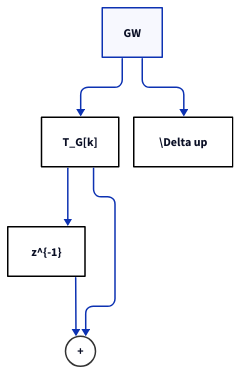
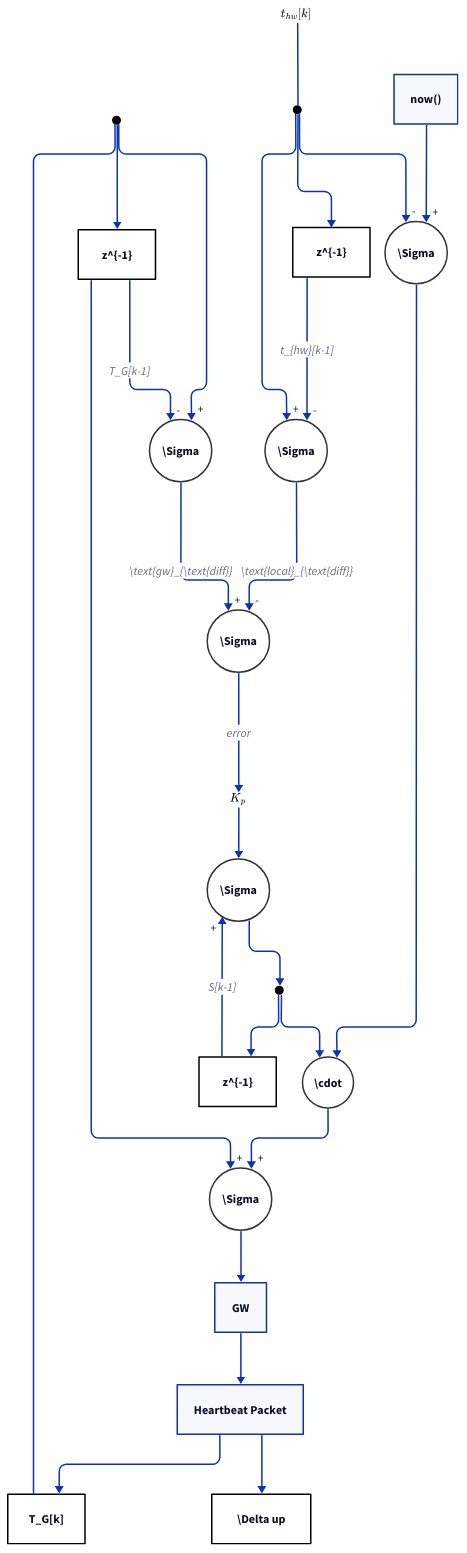
One commit to jakobolason/must-hop changed the diagram in must-hop/src/node/time_sync.d2. Above: the diagram before and after it, drawn with D2. The commit also changed 1 other file, not shown here.

Commit message:
needs network delay

```diff
--- a/must-hop/src/node/time_sync.d2
+++ b/must-hop/src/node/time_sync.d2
@@ -1,31 +1,118 @@
 direction: down
 
 vars: {
   d2-config: {
     layout-engine: elk
   }
 }
 
 classes: {
   block: {
     shape: rectangle
     style: {fill: "#FFFFFF"; stroke: "#000"}
   }
   sum: {
     shape: circle
-    width: 40
-    height: 40
+    width: 60
+    height: 60
     style: {fill: transparent; stroke: "#333"; stroke-width: 2}
+  }
+  split: {
+    shape: circle
+    width: 10
+    height: 10
+    style: {fill: "#000"; stroke: "#000"}
   }
 }
 
-sums: "+" {class: sum}
+sums: |latex \Sigma | {class: sum}
 
-GW -> TG
+GW -> HB
+HB: "Heartbeat Packet"
+HB -> TG
 TG: |latex T_G[k] | {class: block}
-GW -> DU
+HB -> DU
 DU: |latex \Delta up | {class: block}
-TG -> delay
+
+TG -- tg_split
+tg_split: "" {class: split}
+
+tg_split -> delay
 delay: |latex z^{-1} | {class: block}
-TG -> sums
-delay -> sums
+
+tg_split -> sums: {
+  target-arrowhead.label: "+"
+}
+
+delay -> sums: {
+  label: |latex T_G[k-1] |
+  target-arrowhead.label: "-"
+}
+
+THW -- thw_split
+thw_split: "" {class: split}
+THW: |latex t_{hw}[k] | {class: rectangle}
+TH_delay: |latex z^{-1} | {class: block}
+
+thw_split -> thw_sums: {
+  target-arrowhead.label: "+"
+}
+thw_split -> TH_delay
+TH_delay -> thw_sums: {
+  label: |latex t_{hw}[k-1] |
+  target-arrowhead.label: "-"
+}
+
+thw_sums: |latex \Sigma | {class: sum}
+
+# now getting error
+error_sum: |latex \Sigma | {class: sum}
+thw_sums -> error_sum: {
+  target-arrowhead.label: "-"
+  label: |latex \text{local}_{\text{diff}} |
+}
+sums -> error_sum: {
+  target-arrowhead.label: "+"
+  label: |latex \text{gw}_{\text{diff}} |
+}
+
+kp: |latex K_p |
+error_sum -> kp: {
+  label: "error"
+}
+
+SK_sum: |latex \Sigma | {class: sum}
+kp -> SK_sum
+SK_sum -> sk_split
+
+# feedback on controller:
+sk_split: "" {class: split}
+sk_split -> sk_delay
+sk_delay -> SK_sum: {
+  target-arrowhead.label: "+"
+  label: |latex S[k-1] |
+}
+sk_delay: |latex z^{-1} | {class: block}
+
+# Tx heartbeat (some time in future)
+now: "now()"
+now_sum: |latex \Sigma | {class: sum}
+now -> now_sum: {
+  target-arrowhead.label: "+"
+}
+thw_split -> now_sum: {
+  target-arrowhead.label: "-"
+}
+
+now_skewed: |latex \cdot | {class: sum}
+now_sum -> now_skewed
+sk_split -> now_skewed
+
+hb_sum: |latex \Sigma | {class: sum}
+now_skewed -> hb_sum: {
+  target-arrowhead.label: "+"
+}
+delay -> hb_sum: {
+  target-arrowhead.label: "+"
+}
+hb_sum -> GW
```
